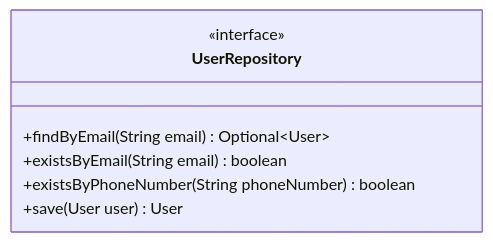
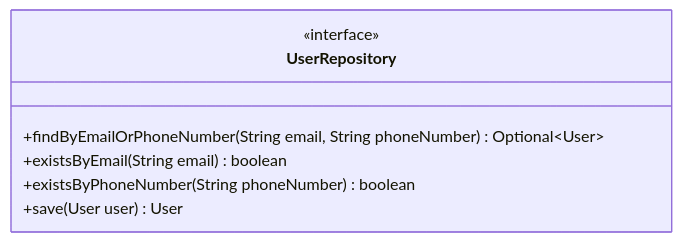
Before and after one commit to BlackyB0o/CS261_650001_group5: the third of 7 diagrams in docs/task-04/README.md, drawn with Mermaid. The commit also changed other lines of this file, not shown here.

````diff
--- a/docs/task-04/README.md
+++ b/docs/task-04/README.md
@@ -163,10 +166,10 @@
 ```mermaid
 classDiagram
     class UserRepository {
         <<interface>>
-        +findByEmail(String email) Optional~User~
+        +findByEmailOrPhoneNumber(String email, String phoneNumber) Optional~User~
         +existsByEmail(String email) boolean
         +existsByPhoneNumber(String phoneNumber) boolean
         +save(User user) User
     }
 ```
````
